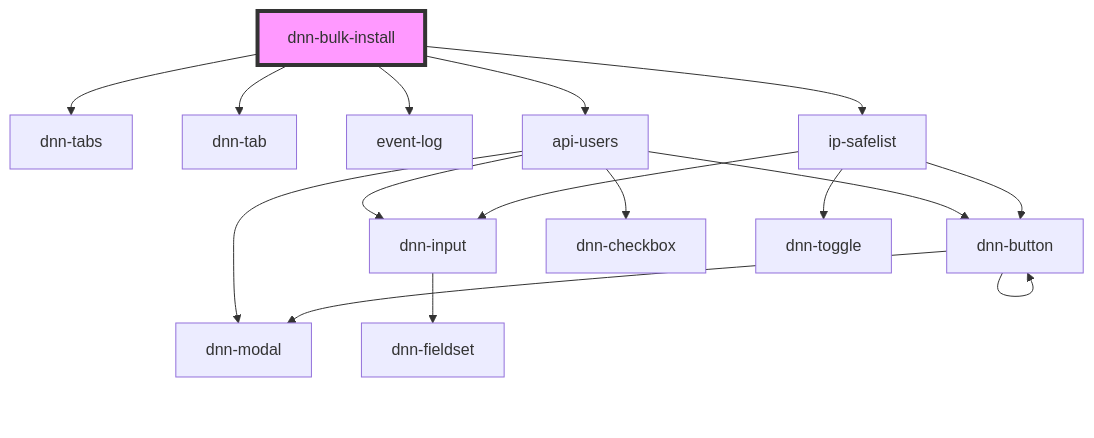
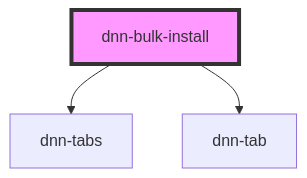
One commit to dnnsoftware/Dnn.Platform changed the diagram in DNN Platform/Modules/BulkInstall/BulkInstall.Web/src/components/dnn-bulk-install/readme.md. Above: the diagram before and after it, drawn with Mermaid. The commit also changed other lines of this file and 15 other files, not shown here.

Commit message:
Bulk Install: Updated component names to ensure uniqueness

````diff
--- a/DNN Platform/Modules/BulkInstall/BulkInstall.Web/src/components/dnn-bulk-install/readme.md
+++ b/DNN Platform/Modules/BulkInstall/BulkInstall.Web/src/components/dnn-bulk-install/readme.md
@@ -19,19 +16,6 @@
 ```mermaid
 graph TD;
   dnn-bulk-install --> dnn-tabs
   dnn-bulk-install --> dnn-tab
-  dnn-bulk-install --> event-log
-  dnn-bulk-install --> api-users
-  dnn-bulk-install --> ip-safelist
-  api-users --> dnn-button
-  api-users --> dnn-modal
-  api-users --> dnn-input
-  api-users --> dnn-checkbox
-  dnn-button --> dnn-modal
-  dnn-button --> dnn-button
-  dnn-input --> dnn-fieldset
-  ip-safelist --> dnn-input
-  ip-safelist --> dnn-button
-  ip-safelist --> dnn-toggle
   style dnn-bulk-install fill:#f9f,stroke:#333,stroke-width:4px
 ```
````
